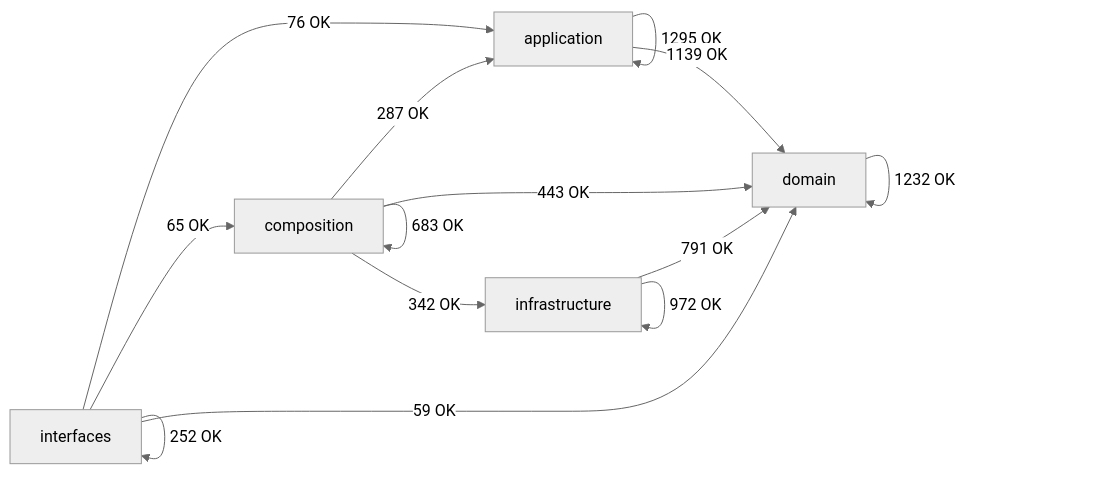
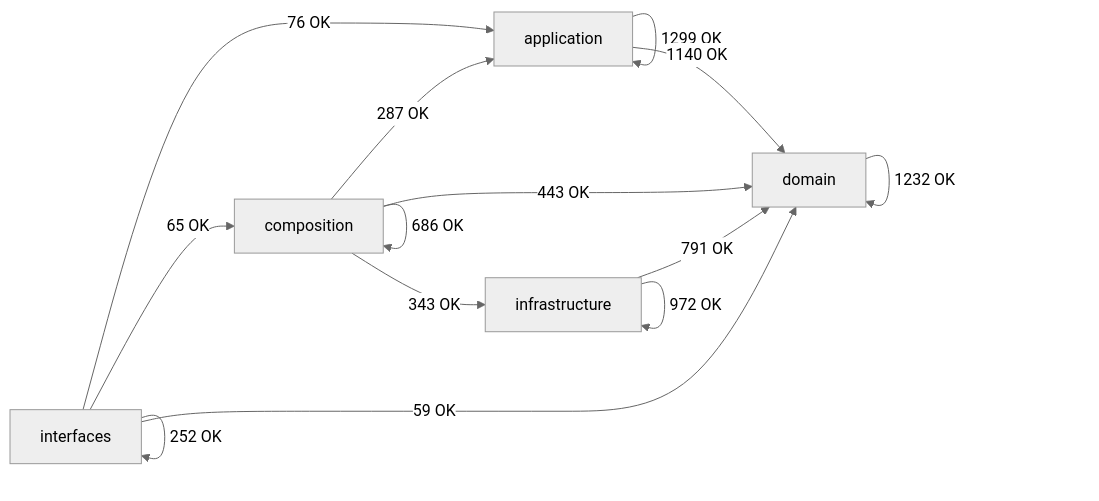
Before and after one commit to SatoryKono/BioactivityDataAcquisition: the diagram in docs/02-architecture/generated/module-dependency-map.md, drawn with Mermaid (neutral theme). The commit also changed other lines of this file and 70 other files, not shown here.

````diff
--- a/docs/02-architecture/generated/module-dependency-map.md
+++ b/docs/02-architecture/generated/module-dependency-map.md
@@ -17,21 +17,21 @@
 ```mermaid
 flowchart LR
     domain[domain]
     application[application]
     infrastructure[infrastructure]
     composition[composition]
     interfaces[interfaces]
-    application -->|1295 OK| application
-    application -->|1139 OK| domain
+    application -->|1299 OK| application
+    application -->|1140 OK| domain
     composition -->|287 OK| application
-    composition -->|683 OK| composition
+    composition -->|686 OK| composition
     composition -->|443 OK| domain
-    composition -->|342 OK| infrastructure
+    composition -->|343 OK| infrastructure
     domain -->|1232 OK| domain
     infrastructure -->|791 OK| domain
     infrastructure -->|972 OK| infrastructure
     interfaces -->|76 OK| application
     interfaces -->|65 OK| composition
     interfaces -->|59 OK| domain
     interfaces -->|252 OK| interfaces
 ```
````
